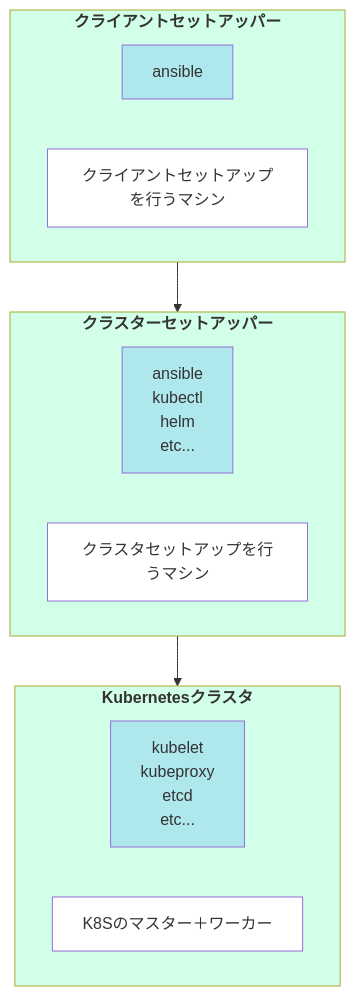
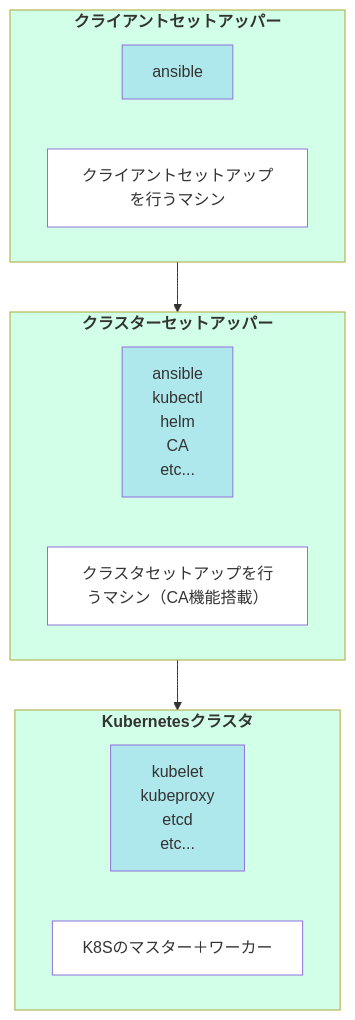
Before and after one commit to ky381011/k8s-the-hard-way: the diagram in design/docs/01-setup/dependency.md, drawn with Mermaid. The commit also changed other lines of this file, not shown here.

Commit message:
bootstrapの説明を更新し、CA機能を追加。依存ツールリストにCAを追加。

````diff
--- a/design/docs/01-setup/dependency.md
+++ b/design/docs/01-setup/dependency.md
@@ -12,34 +12,34 @@
 ```mermaid
 %%{init: {'theme': 'default'}}%%
 graph TB
     classDef Machine fill:#22FF88,fill-opacity:0.2,font-weight:bold
     classDef Tools fill:#2288FF,fill-opacity:0.2
     classDef Description fill:#FFFFFF
 
     subgraph admin ["クライアントセットアッパー"]
         adminTools["ansible"]
         adminDescription["クライアントセットアップを行うマシン"]
     end
 
     subgraph bootstrap ["クラスターセットアッパー"]
-        bootstrapTools["ansible</br>kubectl</br>helm</br>etc..."]
-        bootstrapDescription["クラスタセットアップを行うマシン"]
+        bootstrapTools["ansible</br>kubectl</br>helm</br>CA</br>etc..."]
+        bootstrapDescription["クラスタセットアップを行うマシン（CA機能搭載）"]
     end
     
     subgraph cluster ["Kubernetesクラスタ"]
         clusterTools["kubelet</br>kubeproxy</br>etcd</br>etc..."]
         clusterDescription["K8Sのマスター＋ワーカー"]
     end
     
     admin --> bootstrap --> cluster
 
     class bootstrap Machine
     class admin Machine
     class cluster Machine
     class adminTools Tools
     class bootstrapTools Tools
     class clusterTools Tools
     class adminDescription Description
     class bootstrapDescription Description
     class clusterDescription Description
 ```
````
